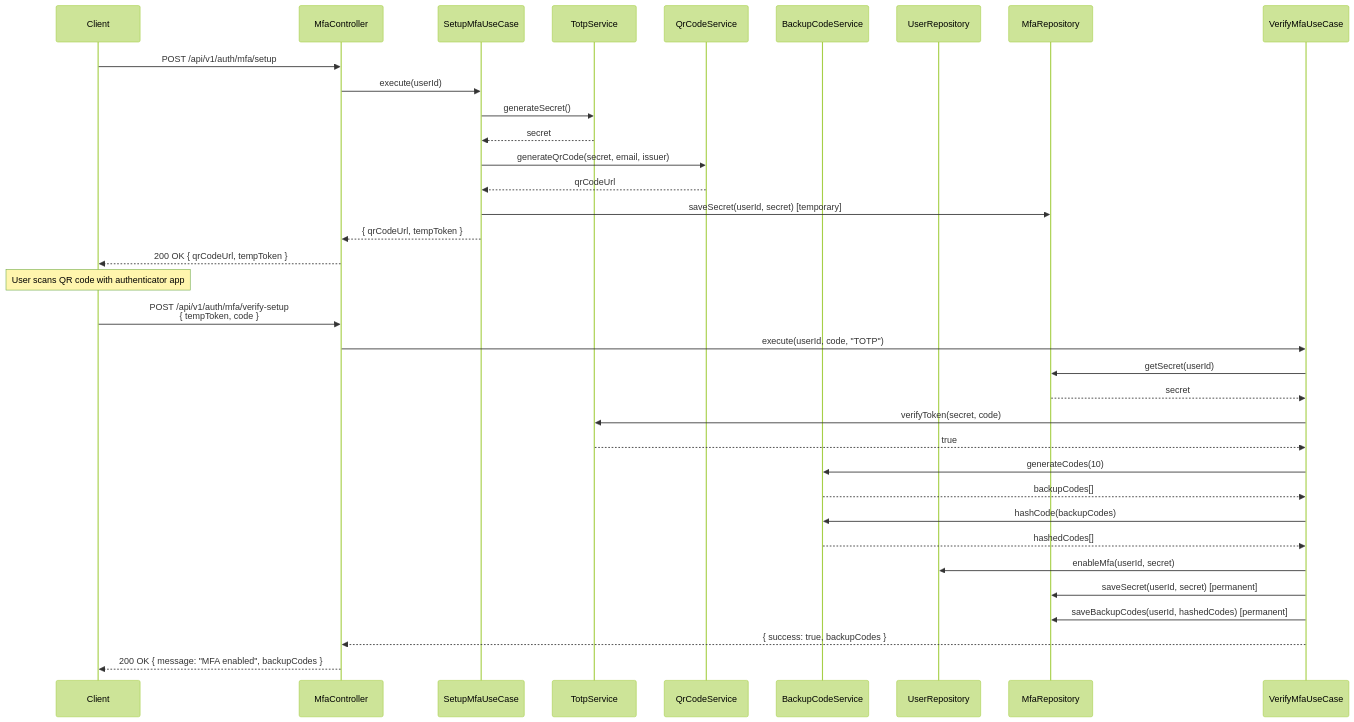
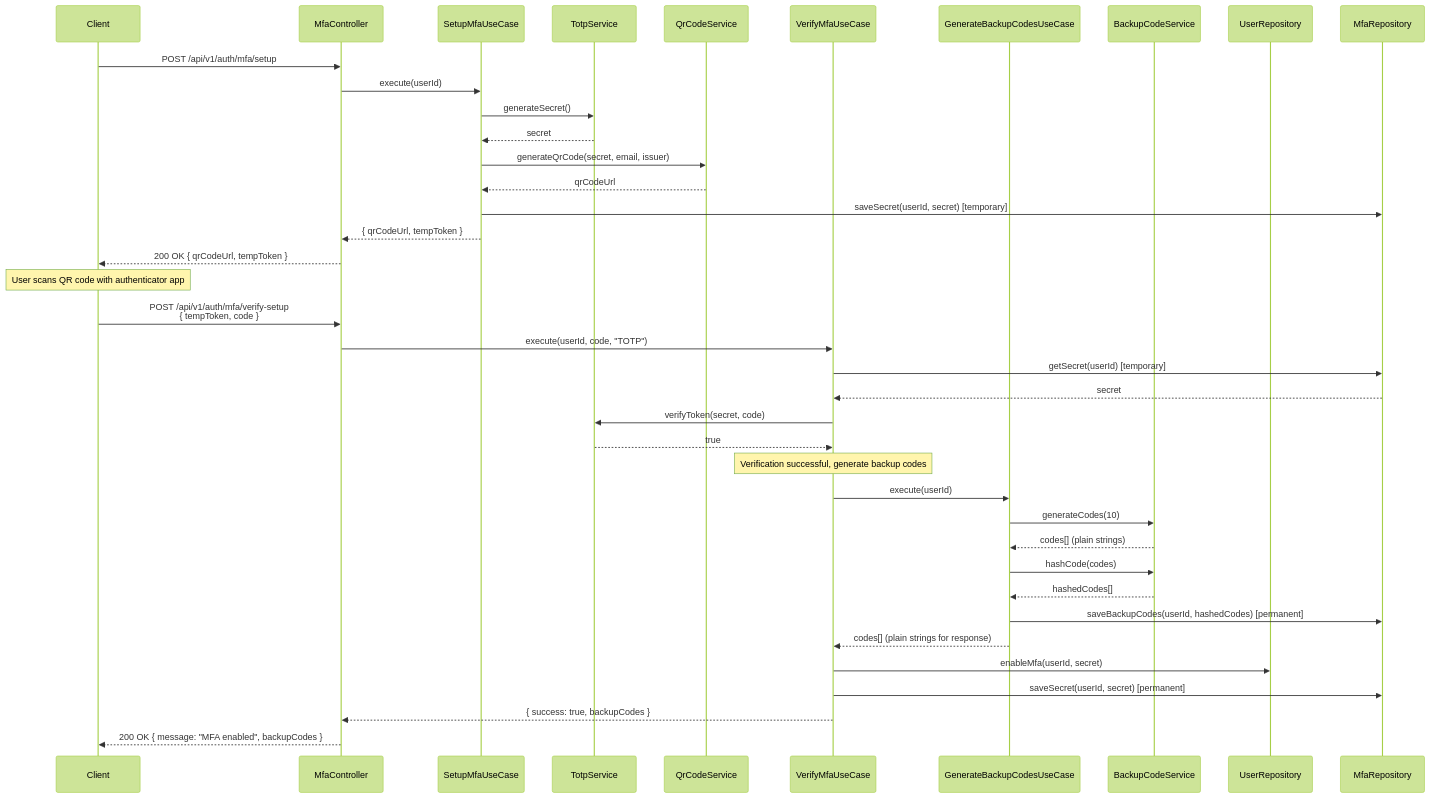
One commit to kencom2400/MrWebDefence-Console changed the first of 4 diagrams in docs/detailed-design/MWD-30_mfa-implementation/sequence-diagrams.md. Above: the diagram before and after it, drawn with Mermaid (forest theme). The commit also changed 3 other files, not shown here.

````diff
--- a/docs/detailed-design/MWD-30_mfa-implementation/sequence-diagrams.md
+++ b/docs/detailed-design/MWD-30_mfa-implementation/sequence-diagrams.md
@@ -5,49 +5,57 @@
 ```mermaid
 sequenceDiagram
     participant Client
     participant MfaController
     participant SetupMfaUseCase
     participant TotpService
     participant QrCodeService
+    participant VerifyMfaUseCase
+    participant GenerateBackupCodesUseCase
     participant BackupCodeService
     participant UserRepository
     participant MfaRepository
 
     Client->>MfaController: POST /api/v1/auth/mfa/setup
     MfaController->>SetupMfaUseCase: execute(userId)
     
     SetupMfaUseCase->>TotpService: generateSecret()
     TotpService-->>SetupMfaUseCase: secret
     
     SetupMfaUseCase->>QrCodeService: generateQrCode(secret, email, issuer)
     QrCodeService-->>SetupMfaUseCase: qrCodeUrl
     
     SetupMfaUseCase->>MfaRepository: saveSecret(userId, secret) [temporary]
     
     SetupMfaUseCase-->>MfaController: { qrCodeUrl, tempToken }
     MfaController-->>Client: 200 OK { qrCodeUrl, tempToken }
     
     Note over Client: User scans QR code with authenticator app
     
     Client->>MfaController: POST /api/v1/auth/mfa/verify-setup<br/>{ tempToken, code }
     MfaController->>VerifyMfaUseCase: execute(userId, code, "TOTP")
     
-    VerifyMfaUseCase->>MfaRepository: getSecret(userId)
+    VerifyMfaUseCase->>MfaRepository: getSecret(userId) [temporary]
     MfaRepository-->>VerifyMfaUseCase: secret
     
     VerifyMfaUseCase->>TotpService: verifyToken(secret, code)
     TotpService-->>VerifyMfaUseCase: true
     
-    VerifyMfaUseCase->>BackupCodeService: generateCodes(10)
-    BackupCodeService-->>VerifyMfaUseCase: backupCodes[]
+    Note over VerifyMfaUseCase: Verification successful, generate backup codes
     
-    VerifyMfaUseCase->>BackupCodeService: hashCode(backupCodes)
-    BackupCodeService-->>VerifyMfaUseCase: hashedCodes[]
+    VerifyMfaUseCase->>GenerateBackupCodesUseCase: execute(userId)
+    
+    GenerateBackupCodesUseCase->>BackupCodeService: generateCodes(10)
+    BackupCodeService-->>GenerateBackupCodesUseCase: codes[] (plain strings)
+    
+    GenerateBackupCodesUseCase->>BackupCodeService: hashCode(codes)
+    BackupCodeService-->>GenerateBackupCodesUseCase: hashedCodes[]
+    
+    GenerateBackupCodesUseCase->>MfaRepository: saveBackupCodes(userId, hashedCodes) [permanent]
+    GenerateBackupCodesUseCase-->>VerifyMfaUseCase: codes[] (plain strings for response)
     
     VerifyMfaUseCase->>UserRepository: enableMfa(userId, secret)
     VerifyMfaUseCase->>MfaRepository: saveSecret(userId, secret) [permanent]
-    VerifyMfaUseCase->>MfaRepository: saveBackupCodes(userId, hashedCodes) [permanent]
     
     VerifyMfaUseCase-->>MfaController: { success: true, backupCodes }
     MfaController-->>Client: 200 OK { message: "MFA enabled", backupCodes }
 ```
````
